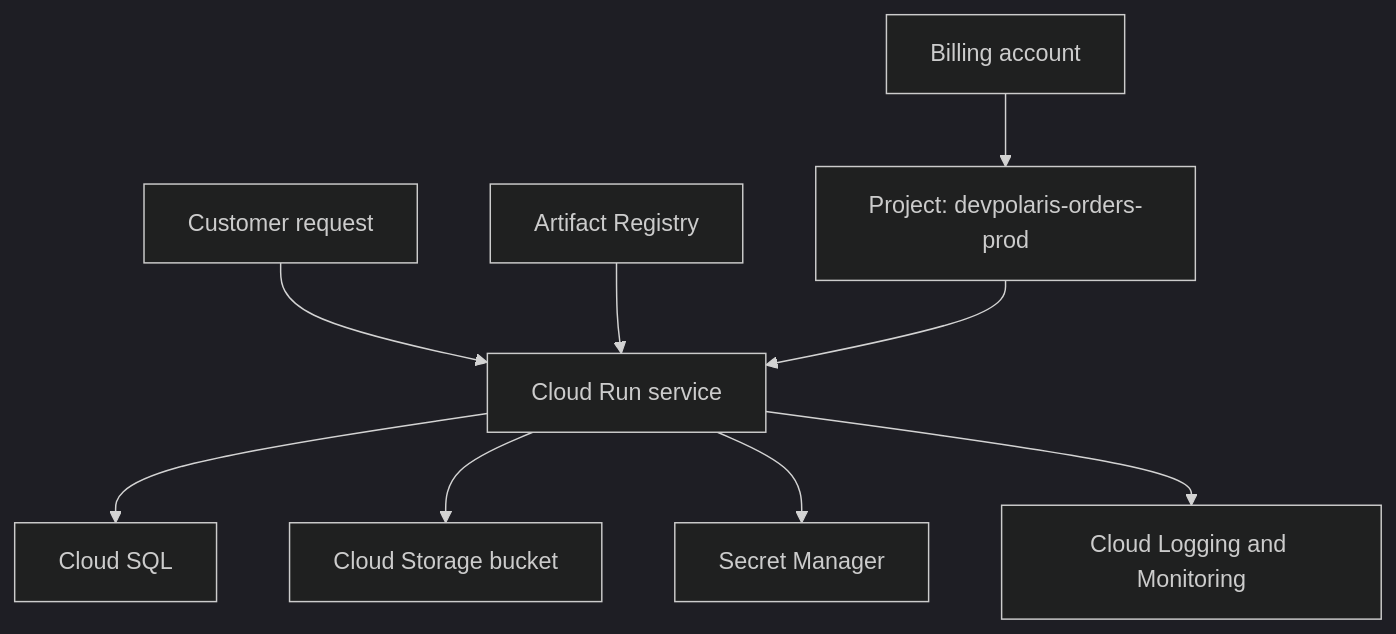
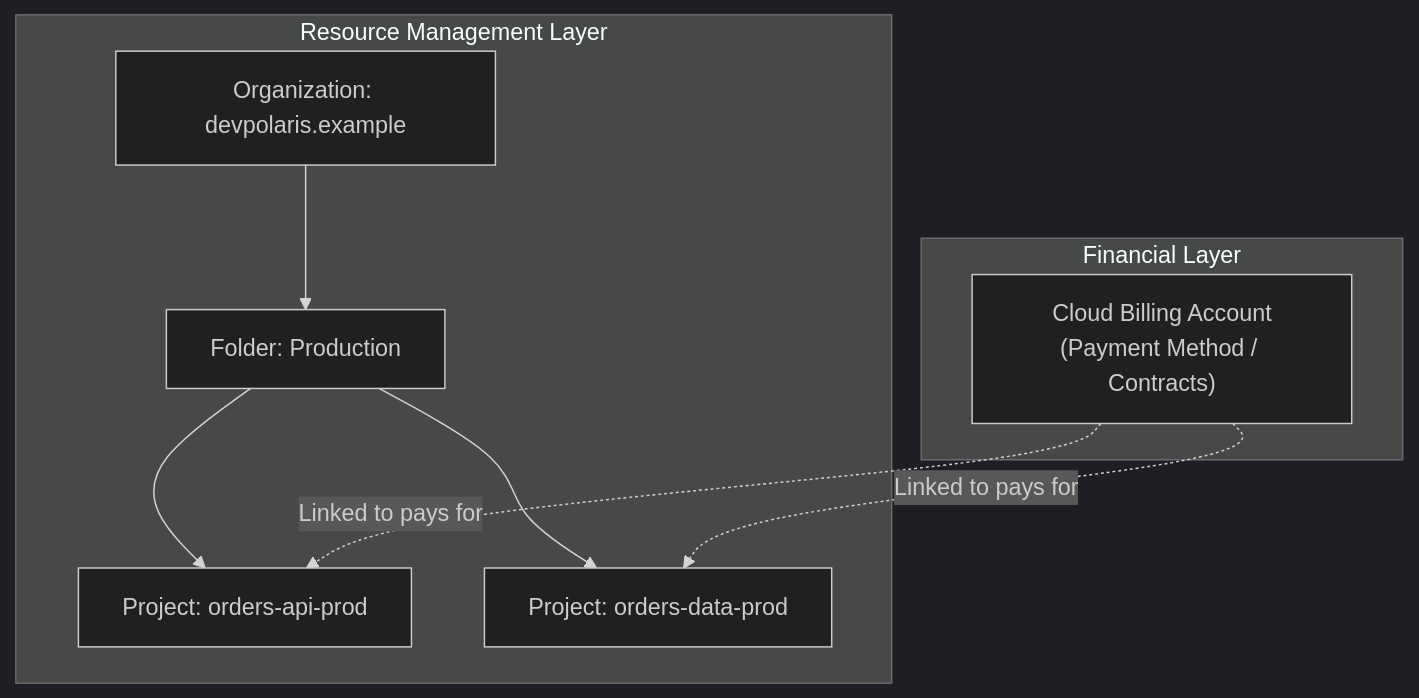
The second of 2 diagrams in cloud-providers/gcp/foundations/gcp-mental-model.md (senlinyy/dev-roadmaps), drawn with Mermaid (dark theme) before and after one commit. The commit also changed other lines of this file and 530 other files, not shown here.

````diff
--- a/cloud-providers/gcp/foundations/gcp-mental-model.md
+++ b/cloud-providers/gcp/foundations/gcp-mental-model.md
@@ -204,11 +96,14 @@
 ```mermaid
 flowchart TD
-    User["Customer request"] --> Run["Cloud Run service"]
-    Run --> Sql["Cloud SQL"]
-    Run --> Bucket["Cloud Storage bucket"]
-    Run --> Secret["Secret Manager"]
-    Image["Artifact Registry"] --> Run
-    Run --> Logs["Cloud Logging and Monitoring"]
-    Project["Project: devpolaris-orders-prod"] --> Run
-    Billing["Billing account"] --> Project
+    subgraph CorporateBilling["Financial Layer"]
+        BillingAccount["Cloud Billing Account<br/>(Payment Method / Contracts)"]
+    end
+    subgraph ResourceHierarchy["Resource Management Layer"]
+        OrgNode["Organization: devpolaris.example"] --> FolderProd["Folder: Production"]
+        FolderProd --> ProjectAPI["Project: orders-api-prod"]
+        FolderProd --> ProjectData["Project: orders-data-prod"]
+    end
+
+    BillingAccount -. Linked to pays for .-> ProjectAPI
+    BillingAccount -. Linked to pays for .-> ProjectData
 ```
````
